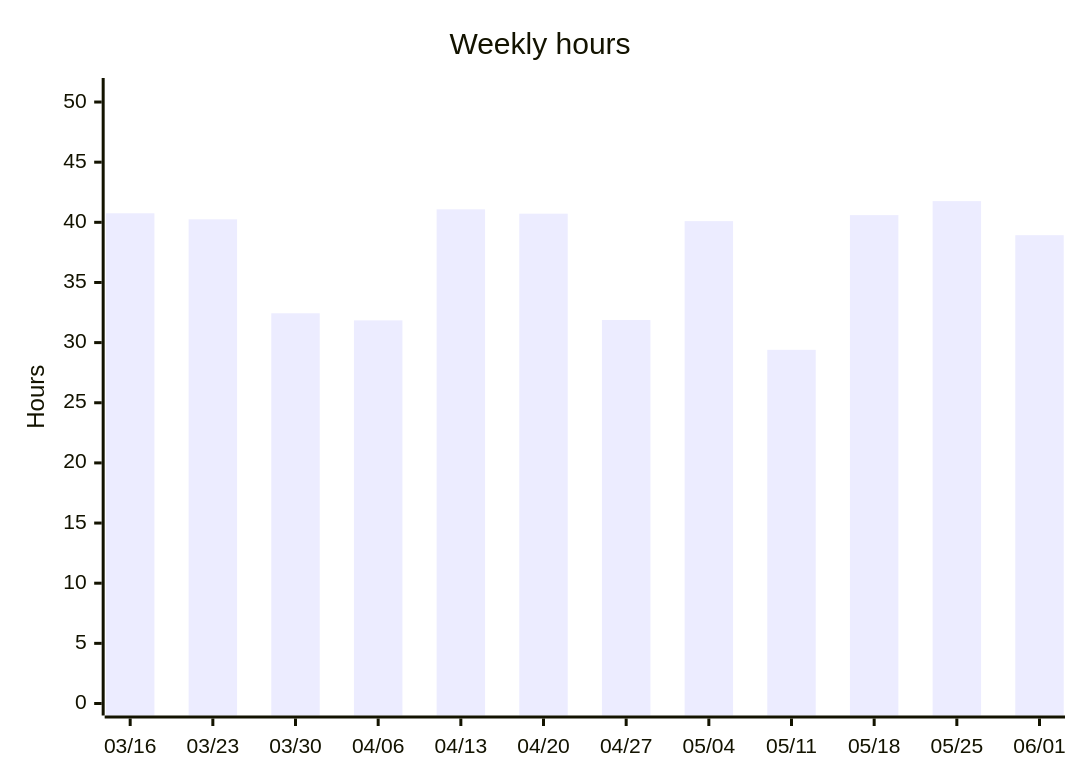
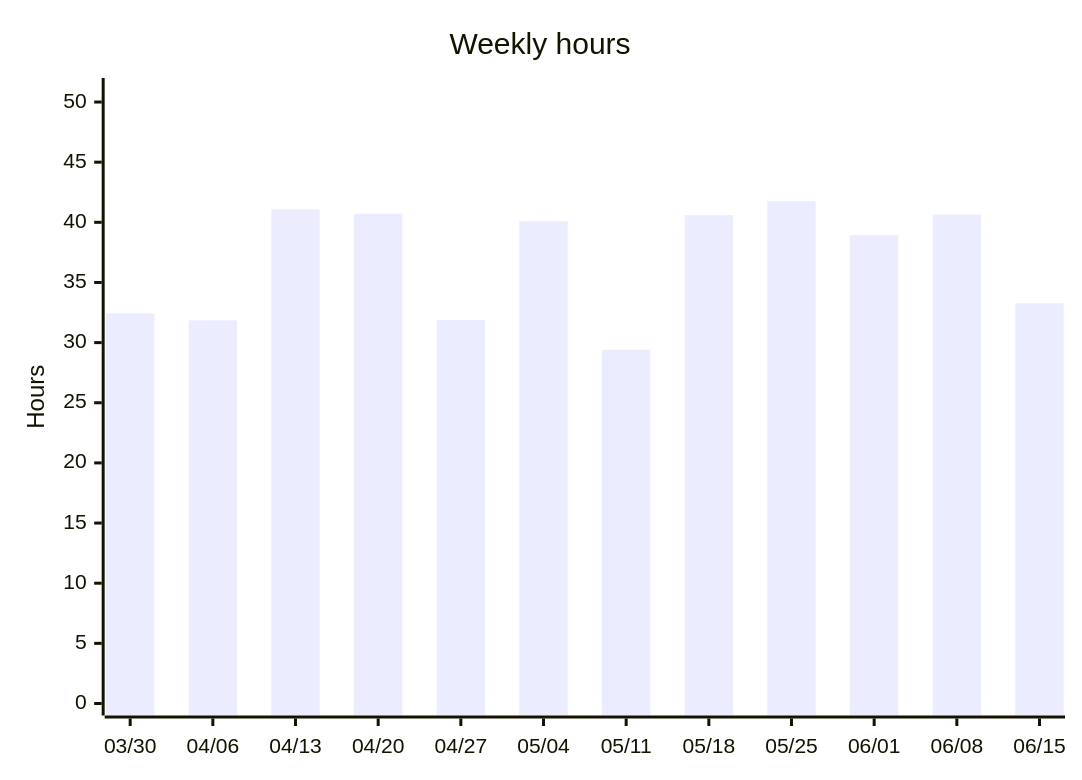
One commit to albinforsberg-netizen/timeclock changed the third of 5 diagrams in README.org. Above: the diagram before and after it, drawn with Mermaid. The commit also changed other lines of this file, not shown here.

```diff
--- a/README.org
+++ b/README.org
@@ -103,7 +103,7 @@
 #+begin_src mermaid
 xychart-beta
     title "Weekly hours"
-    x-axis ["03/16", "03/23", "03/30", "04/06", "04/13", "04/20", "04/27", "05/04", "05/11", "05/18", "05/25", "06/01"]
+    x-axis ["03/30", "04/06", "04/13", "04/20", "04/27", "05/04", "05/11", "05/18", "05/25", "06/01", "06/08", "06/15"]
     y-axis "Hours" 0 --> 51
-    bar [40.75, 40.25, 32.44, 31.85, 41.08, 40.72, 31.88, 40.10, 29.40, 40.60, 41.76, 38.93]
+    bar [32.44, 31.85, 41.08, 40.72, 31.88, 40.10, 29.40, 40.60, 41.76, 38.93, 40.65, 33.27]
 #+end_src
```
